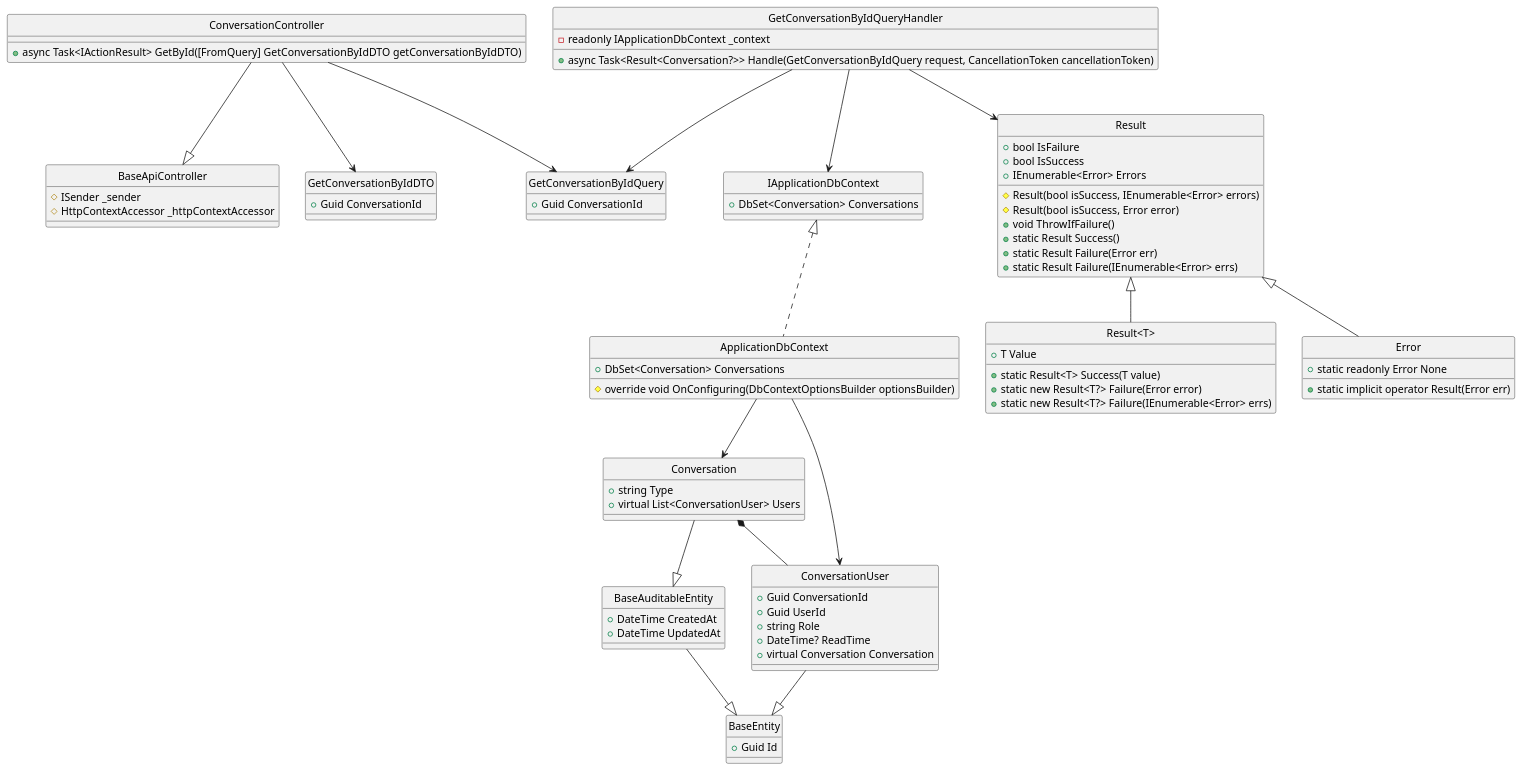
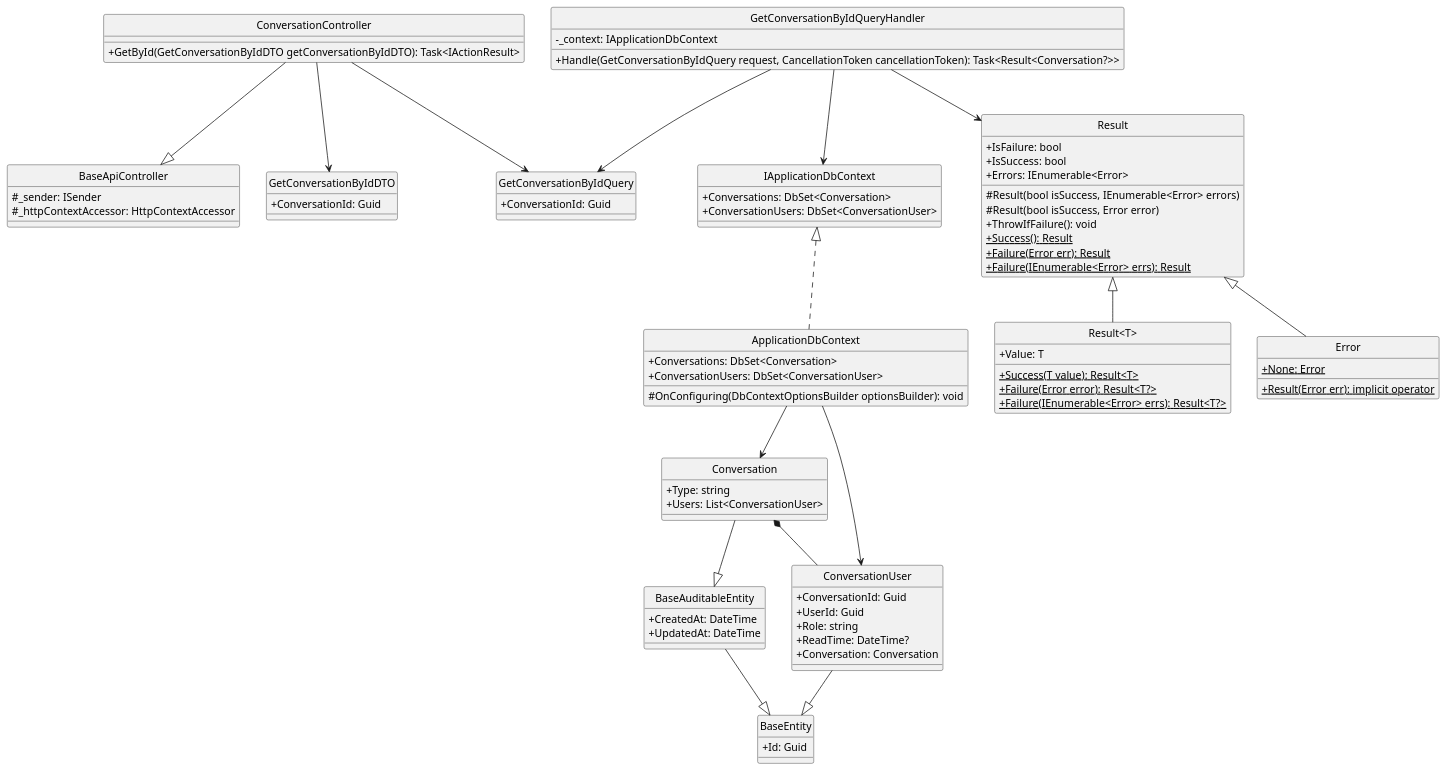
Before and after one commit to Carl-Johnsons/Chat-Application: the diagram in docs/Class Diagram/Conversation/GetById/ClassDiagram.plantuml, drawn with PlantUML. The commit also changed 2 other files, not shown here.

Commit message:
update conversation class diagram

```diff
--- a/docs/Class Diagram/Conversation/GetById/ClassDiagram.plantuml
+++ b/docs/Class Diagram/Conversation/GetById/ClassDiagram.plantuml
@@ -1,96 +1,104 @@
 @startuml 
 hide circle
+skinparam classAttributeIconSize 0
 
 class BaseApiController {
-    #ISender _sender
-    #HttpContextAccessor _httpContextAccessor
+    #_sender: ISender
+    #_httpContextAccessor: HttpContextAccessor 
 }
 
 class ConversationController {
-    +async Task<IActionResult> GetById([FromQuery] GetConversationByIdDTO getConversationByIdDTO)
+    +GetById(GetConversationByIdDTO getConversationByIdDTO): Task<IActionResult>
 }
 
 class GetConversationByIdQuery {
-    +Guid ConversationId
+    +ConversationId: Guid
 }
 
 class GetConversationByIdQueryHandler {
-    -readonly IApplicationDbContext _context
-    +async Task<Result<Conversation?>> Handle(GetConversationByIdQuery request, CancellationToken cancellationToken)
+    -_context: IApplicationDbContext
+    +Handle(GetConversationByIdQuery request, CancellationToken cancellationToken): Task<Result<Conversation?>> 
 }
 
 class IApplicationDbContext {
-    +DbSet<Conversation> Conversations
+    +Conversations: DbSet<Conversation>
+    +ConversationUsers: DbSet<ConversationUser>
 }
 
 class ApplicationDbContext {
-    +DbSet<Conversation> Conversations
-    #override void OnConfiguring(DbContextOptionsBuilder optionsBuilder)
+    +Conversations: DbSet<Conversation>
+    +ConversationUsers: DbSet<ConversationUser>
+    #OnConfiguring(DbContextOptionsBuilder optionsBuilder): void
 }
 
 class Result {
-    +bool IsFailure
-    +bool IsSuccess
-    +IEnumerable<Error> Errors
+    +IsFailure: bool
+    +IsSuccess: bool
+    +Errors: IEnumerable<Error>
     #Result(bool isSuccess, IEnumerable<Error> errors)
     #Result(bool isSuccess, Error error)
-    +void ThrowIfFailure()
-    +static Result Success()
-    +static Result Failure(Error err)
-    +static Result Failure(IEnumerable<Error> errs)
+    +ThrowIfFailure(): void
+    +{static} Success(): Result 
+    +{static} Failure(Error err): Result
+    +{static} Failure(IEnumerable<Error> errs): Result
 }
 
 class "Result<T>" {
-    +T Value
-    +static Result<T> Success(T value)
-    +static new Result<T?> Failure(Error error)
-    +static new Result<T?> Failure(IEnumerable<Error> errs)
+    +Value: T
+    +{static} Success(T value): Result<T>
+    +{static} Failure(Error error): Result<T?>
+    +{static} Failure(IEnumerable<Error> errs): Result<T?>
 }
 
 class Error {
-    +static readonly Error None
-    +static implicit operator Result(Error err)
+    +{static} None: Error
+    +{static} Result(Error err): implicit operator
 }
 
 class GetConversationByIdDTO {
-    +Guid ConversationId
+    +ConversationId: Guid
 }
 
 class BaseEntity {
-    +Guid Id
+    +Id: Guid
 }
 
 class BaseAuditableEntity{
-    +DateTime CreatedAt
-    +DateTime UpdatedAt
+    +CreatedAt: DateTime
+    +UpdatedAt: DateTime
 }
 
 class Conversation {
-    +string Type
-    +virtual List<ConversationUser> Users
+    +Type: string
+    +Users: List<ConversationUser>
 }
 
 class ConversationUser {
-    +Guid ConversationId
-    +Guid UserId
-    +string Role 
-    +DateTime? ReadTime
-    +virtual Conversation Conversation
+    +ConversationId: Guid
+    +UserId: Guid
+    +Role: string 
+    +ReadTime: DateTime?
+    +Conversation: Conversation
 }
 
+'==== Get Conversation By Id ====
+'API Layer
 ConversationController --|> BaseApiController
 ConversationController --> GetConversationByIdQuery
 ConversationController --> GetConversationByIdDTO
+'Application Layer
 GetConversationByIdQueryHandler --> GetConversationByIdQuery
 GetConversationByIdQueryHandler --> Result
 GetConversationByIdQueryHandler --> IApplicationDbContext
-IApplicationDbContext <|.. ApplicationDbContext
+'Domain Layer
 Result <|-- Error
 Result <|-- "Result<T>"
-ApplicationDbContext --> ConversationUser
-ApplicationDbContext --> Conversation
 ConversationUser --|> BaseEntity
 Conversation --|> BaseAuditableEntity
 Conversation *-- ConversationUser
 BaseAuditableEntity --|>BaseEntity
+'Infrastructure Layer
+IApplicationDbContext <|.. ApplicationDbContext
+ApplicationDbContext --> ConversationUser
+ApplicationDbContext --> Conversation
 @enduml
```
